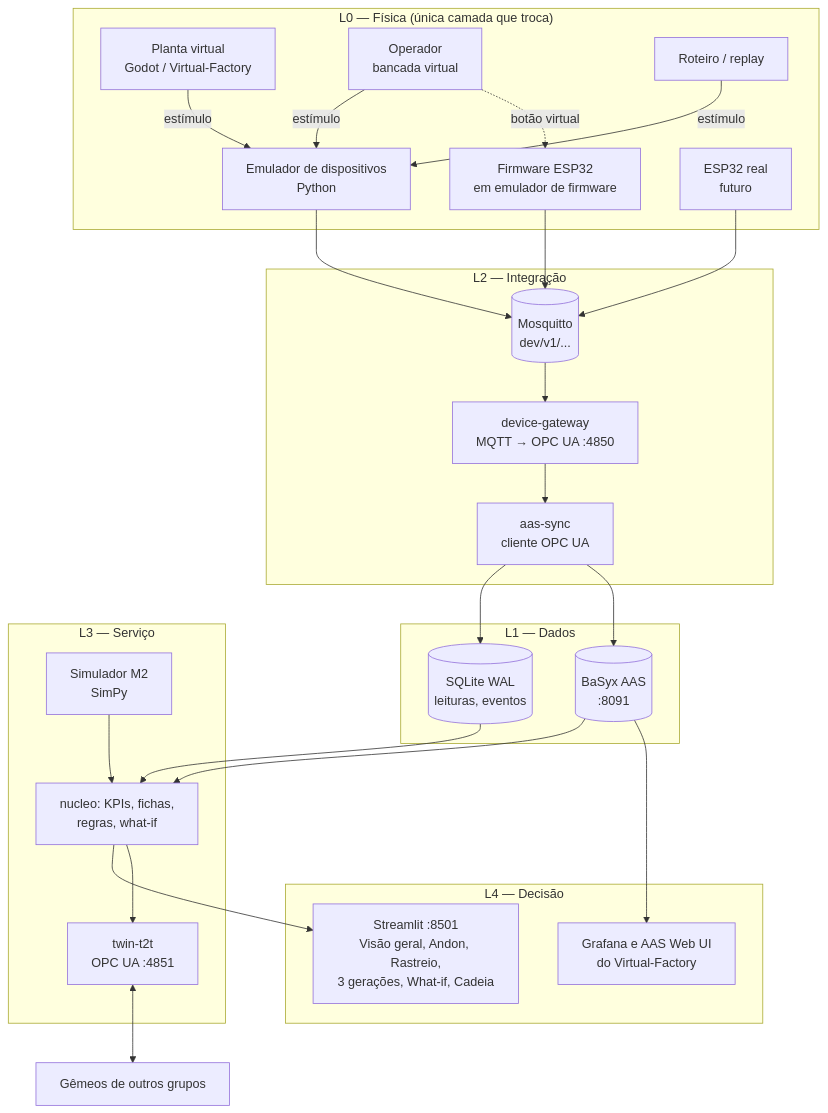
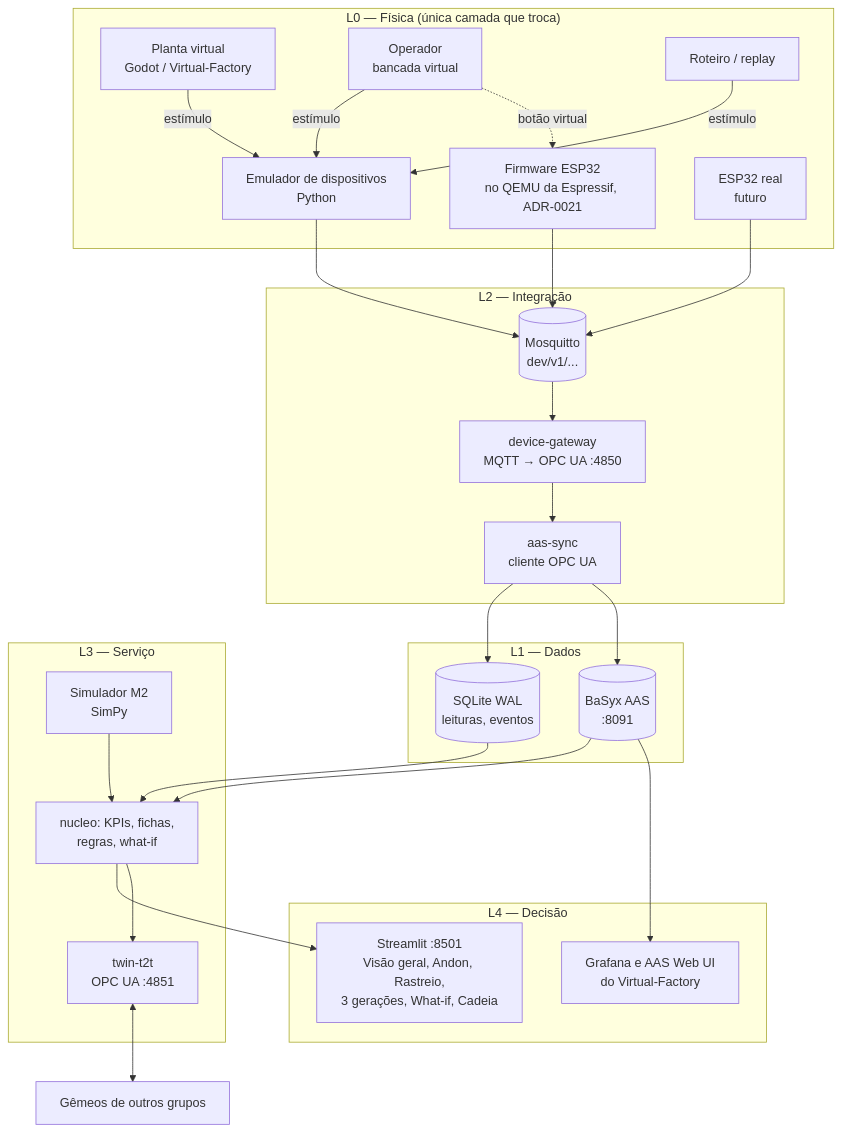
The first of 2 diagrams in ARCHITECTURE.md (vitorramon/lean-manufacture), drawn with Mermaid before and after one commit. The commit also changed other lines of this file and 5 other files, not shown here.

````diff
--- a/ARCHITECTURE.md
+++ b/ARCHITECTURE.md
@@ -15,46 +15,46 @@
 ```mermaid
 flowchart TB
   subgraph L0["L0 — Física (única camada que troca)"]
     GD[Planta virtual<br/>Godot / Virtual-Factory]
     OP[Operador<br/>bancada virtual]
     RT[Roteiro / replay]
     EM[Emulador de dispositivos<br/>Python]
-    WK[Firmware ESP32<br/>em emulador de firmware]
+    WK["Firmware ESP32<br/>no QEMU da Espressif, ADR-0021"]
     HW[ESP32 real<br/>futuro]
     GD -- estímulo --> EM
     OP -- estímulo --> EM
     RT -- estímulo --> EM
     OP -. botão virtual .-> WK
   end
   subgraph L2["L2 — Integração"]
     MQ[(Mosquitto<br/>dev/v1/...)]
     GW[device-gateway<br/>MQTT → OPC UA :4850]
     SY[aas-sync<br/>cliente OPC UA]
   end
   subgraph L1["L1 — Dados"]
     DB[(SQLite WAL<br/>leituras, eventos)]
     AAS[(BaSyx AAS<br/>:8091)]
   end
   subgraph L3["L3 — Serviço"]
     NU[nucleo: KPIs, fichas,<br/>regras, what-if]
     T2T[twin-t2t<br/>OPC UA :4851]
     SIM[Simulador M2<br/>SimPy]
   end
   subgraph L4["L4 — Decisão"]
     APP[Streamlit :8501<br/>Visão geral, Andon, Rastreio,<br/>3 gerações, What-if, Cadeia]
     GF[Grafana e AAS Web UI<br/>do Virtual-Factory]
   end
   EM --> MQ
   WK --> MQ
   HW --> MQ
   MQ --> GW --> SY
   SY --> DB
   SY --> AAS
   DB --> NU
   AAS --> NU
   NU --> APP
   NU --> T2T
   SIM --> NU
   T2T <--> VZ[Gêmeos de outros grupos]
   AAS --> GF
 ```
````
